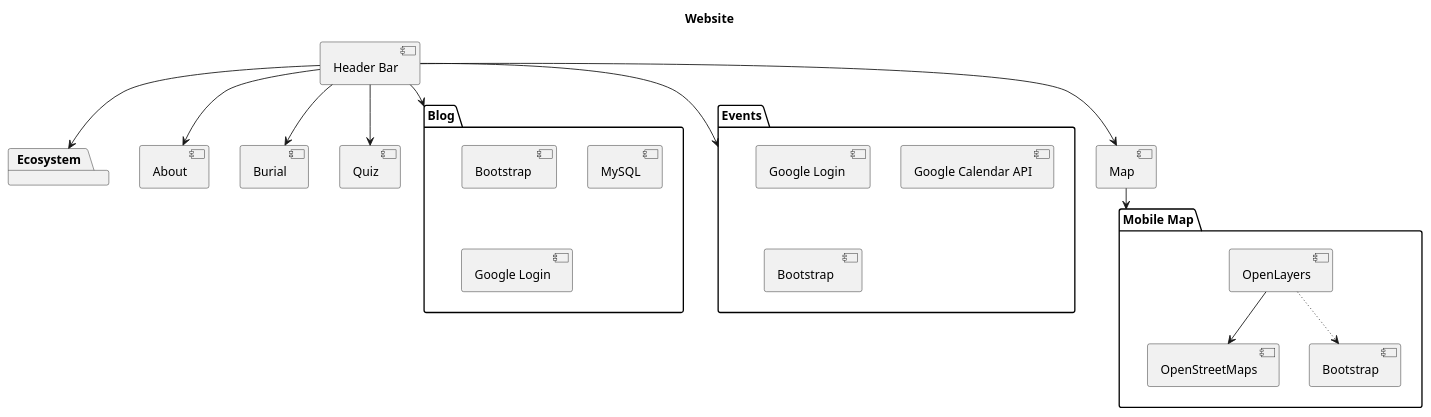
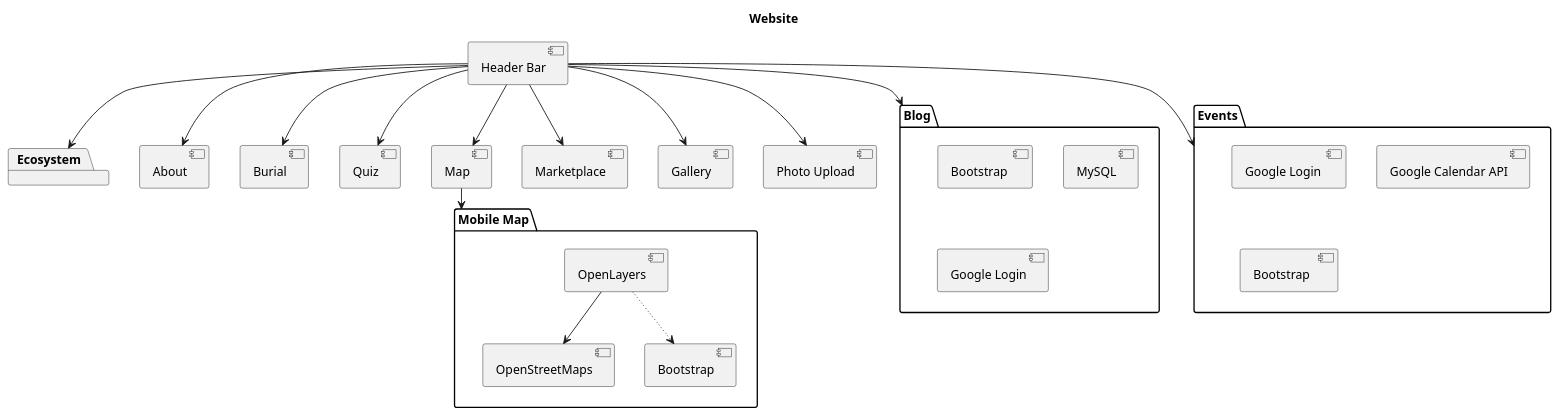
The diagram in UMLAssignment.puml (dibshift/CSCI34282023Project), drawn with PlantUML before and after one commit.

Commit message:
Update UMLAssignment.puml
Updated again to include missing nodes

```diff
--- a/UMLAssignment.puml
+++ b/UMLAssignment.puml
@@ -1,48 +1,57 @@
 @startuml
 
 title Website
 
 package "Mobile Map" {
   [OpenLayers]
   [OpenStreetMaps]
   [Bootstrap]
 }
 
 [About]
 
 package "Ecosystem" {
 }
 
 [Burial]
 
 [Quiz]
 
 [Header Bar]
 
 [Map]
+
+[Marketplace]
+
+[Gallery]
+
+[Photo Upload]
 
 package "Blog" {
   [Bootstrap ]
   [MySQL]
   [Google Login]
 }
 
 
 package "Events" {
   [Google Login ]
   [Google Calendar API]
   [Bootstrap  ]
 }
 
 [OpenLayers] --> [OpenStreetMaps]
 [OpenLayers] -[dotted]-> [Bootstrap]
 [Header Bar] --> [About]
 [Map] --> [Mobile Map]
 [Header Bar] --> [Map]
 [Header Bar] --> [Burial]
 [Header Bar] --> [Quiz]
 [Header Bar] --> [Ecosystem]
 [Header Bar] --> [Blog]
 [Header Bar] --> [Events]
+[Header Bar] --> [Marketplace]
+[Header Bar] --> [Gallery]
+[Header Bar] --> [Photo Upload]
 
 @enduml
```
